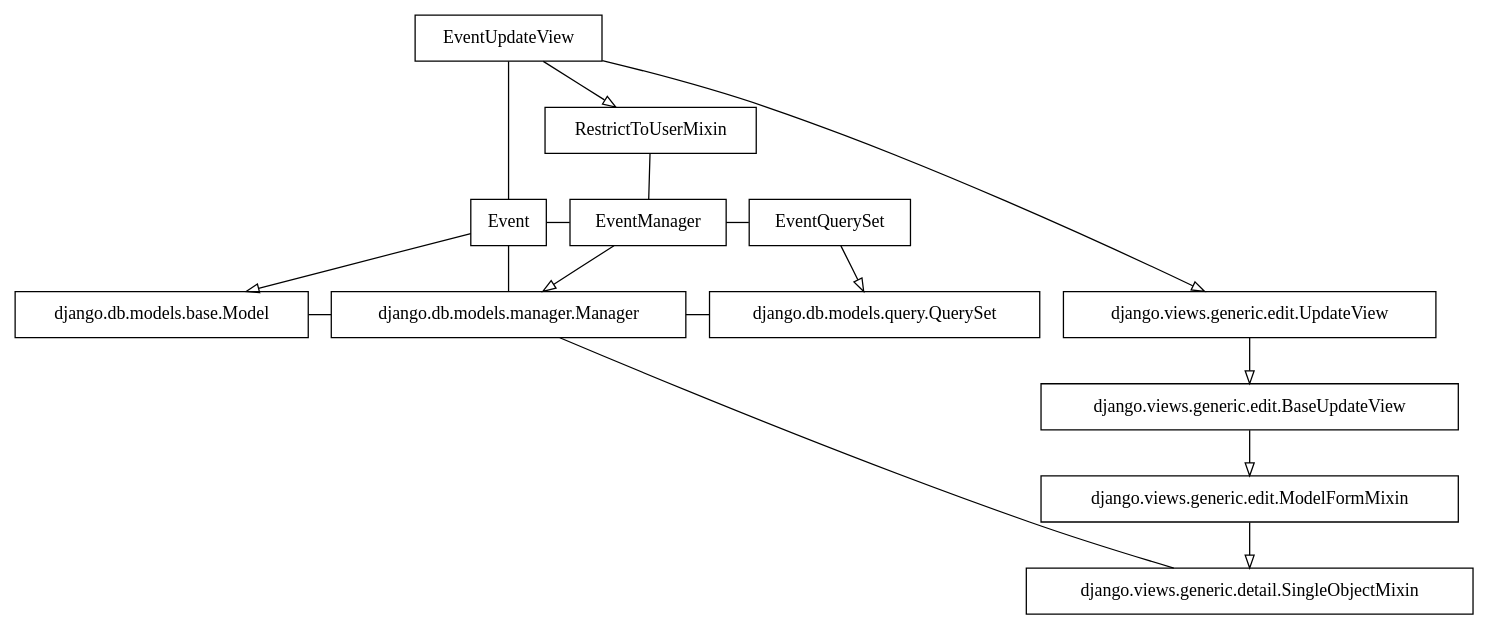
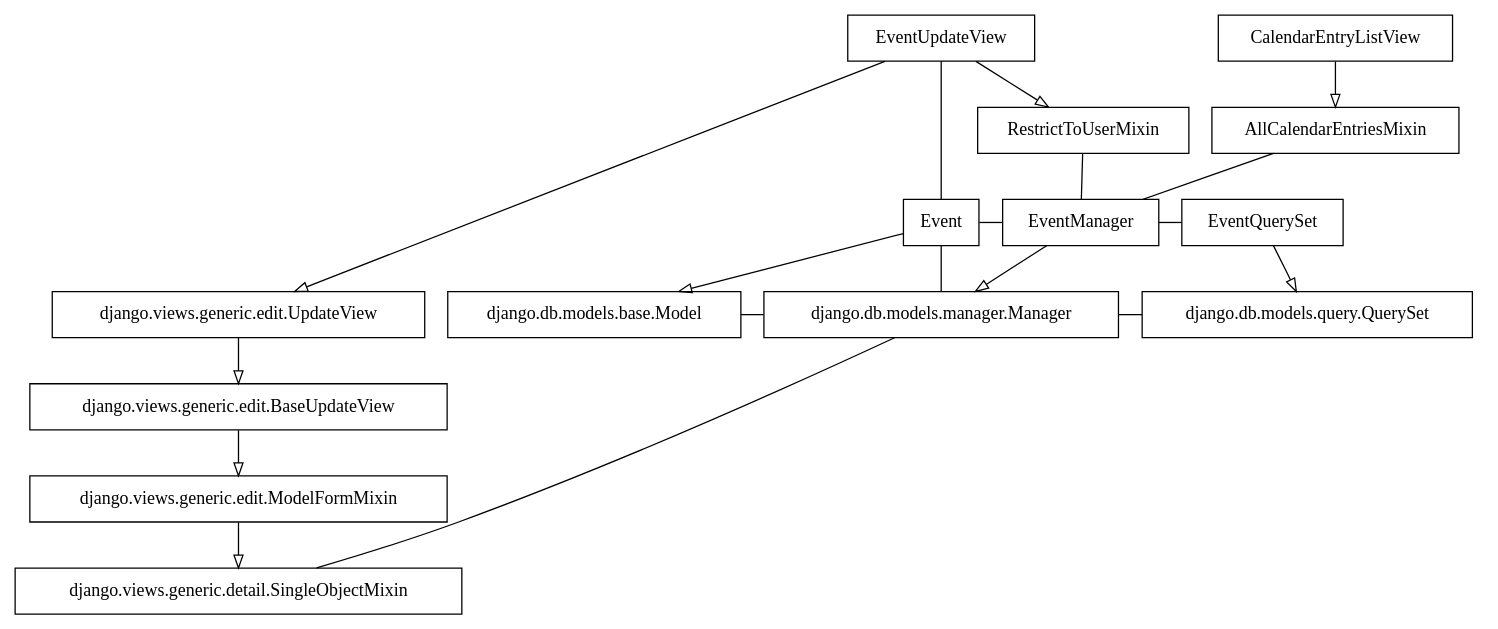
Before and after one commit to Mischback/django-calingen: the diagram in docs/source/includes/permission_system.dot, drawn with Graphviz. The commit also changed 1 other file, not shown here.

```diff
--- a/docs/source/includes/permission_system.dot
+++ b/docs/source/includes/permission_system.dot
@@ -1,75 +1,87 @@
   digraph event_crud {
     node [
       shape="rect",
     ]
 
     "calingen.models.event.Event" [
       label="Event",
     ];
     "calingen.models.event.EventManager" [
       label="EventManager",
     ];
     "calingen.models.event.EventQuerySet" [
       label="EventQuerySet",
     ];
 
     "calingen.views.event.EventUpdateView" [
       label="EventUpdateView",
     ];
+    "calingen.views.web.CalendarEntryListView" [
+      label="CalendarEntryListView",
+    ];
 
     "calingen.views.mixins.RestrictToUserMixin" [
       label="RestrictToUserMixin",
+    ];
+    "calingen.views.mixins.AllCalendarEntriesMixin" [
+      label="AllCalendarEntriesMixin",
     ];
 
 
     "django.db.models.manager.Manager";
     "django.db.models.query.QuerySet";
     "django.db.models.base.Model";
     "django.views.generic.edit.UpdateView";
     "django.views.generic.edit.BaseUpdateView";
     "django.views.generic.edit.ModelFormMixin";
     "django.views.generic.detail.SingleObjectMixin";
 
     node[shape=none, width=0, height=0, label=""];
     hierarchy_1 -> hierarchy_2 -> hierarchy_3 [style="invis"];
 
+    {
+      rank="same";
+      "calingen.views.mixins.RestrictToUserMixin";
+      "calingen.views.mixins.AllCalendarEntriesMixin";
+    }
     {
       rank="same";
       "django.db.models.manager.Manager";
       "django.db.models.query.QuerySet";
       "django.db.models.base.Model";
       "django.views.generic.edit.UpdateView";
     }
 
     {
       rank="same";
       "calingen.models.event.Event";
       "calingen.models.event.EventManager";
       "calingen.models.event.EventQuerySet";
     }
 
     edge [
       arrowhead="none",
       weight=0,
     ]
     "calingen.models.event.Event" -> "calingen.models.event.EventManager" [weight=100];
     "calingen.models.event.Event" -> "django.db.models.manager.Manager" [weight=100];
     "calingen.models.event.EventManager" -> "calingen.models.event.EventQuerySet" [weight=100];
     "django.db.models.base.Model" -> "django.db.models.manager.Manager" [weight=100];
     "django.db.models.manager.Manager" -> "django.db.models.query.QuerySet" [weight=100];
     "calingen.views.event.EventUpdateView" -> "calingen.models.event.Event" [weight=100];
     "calingen.views.mixins.RestrictToUserMixin" -> "calingen.models.event.EventManager";
+    "calingen.views.mixins.AllCalendarEntriesMixin" -> "calingen.models.event.EventManager";
     "django.views.generic.detail.SingleObjectMixin" -> "django.db.models.manager.Manager";
 
     edge [
       arrowhead="empty",
       weight=1,
     ]
     "calingen.models.event.Event" -> "django.db.models.base.Model";
     "calingen.models.event.EventManager" -> "django.db.models.manager.Manager";
     "calingen.models.event.EventQuerySet" -> "django.db.models.query.QuerySet";
     "calingen.views.event.EventUpdateView" -> "calingen.views.mixins.RestrictToUserMixin";
     "calingen.views.event.EventUpdateView" -> "django.views.generic.edit.UpdateView";
     "django.views.generic.edit.UpdateView" -> "django.views.generic.edit.BaseUpdateView" -> "django.views.generic.edit.ModelFormMixin" -> "django.views.generic.detail.SingleObjectMixin";
-
+    "calingen.views.web.CalendarEntryListView" -> "calingen.views.mixins.AllCalendarEntriesMixin";
   }
```
